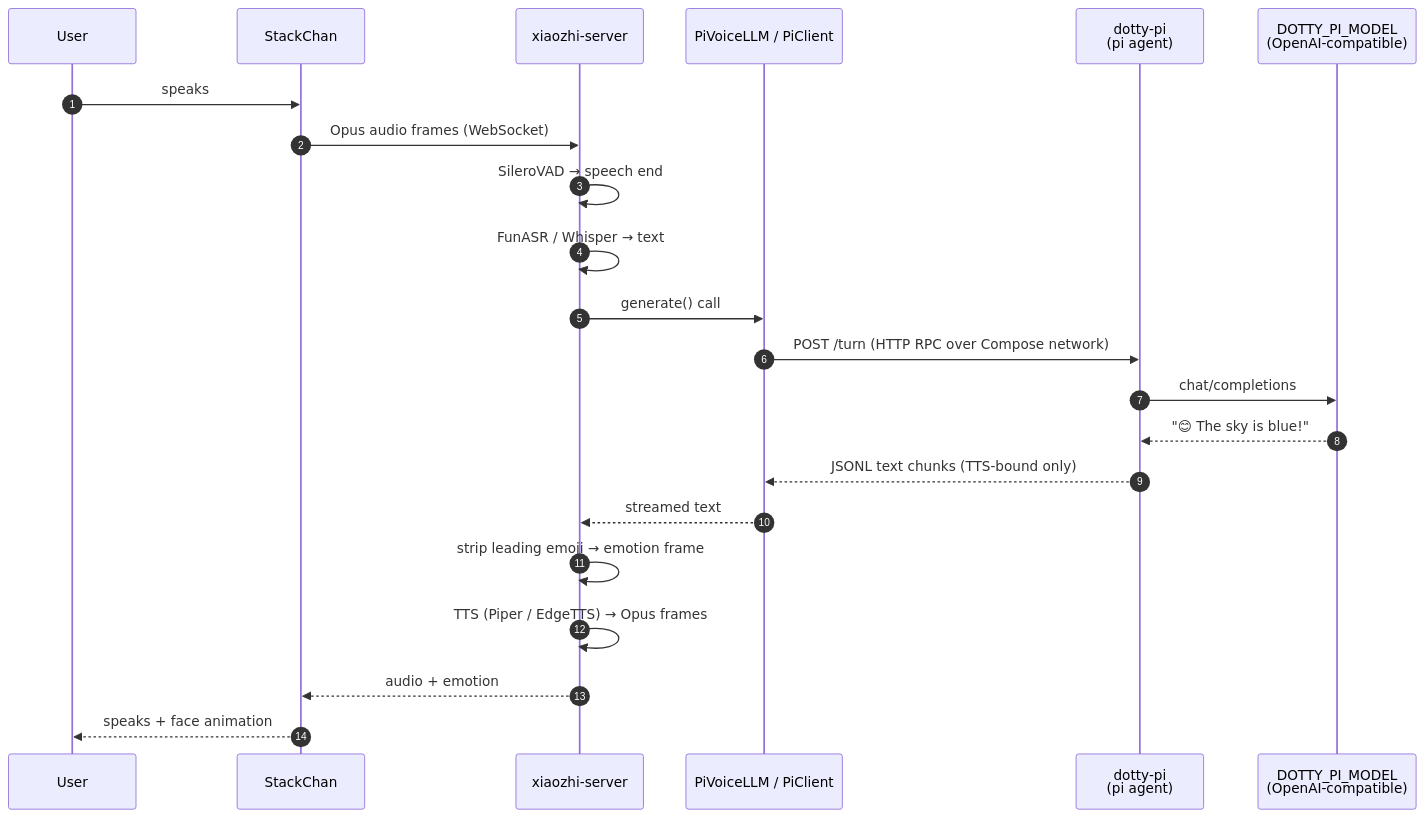
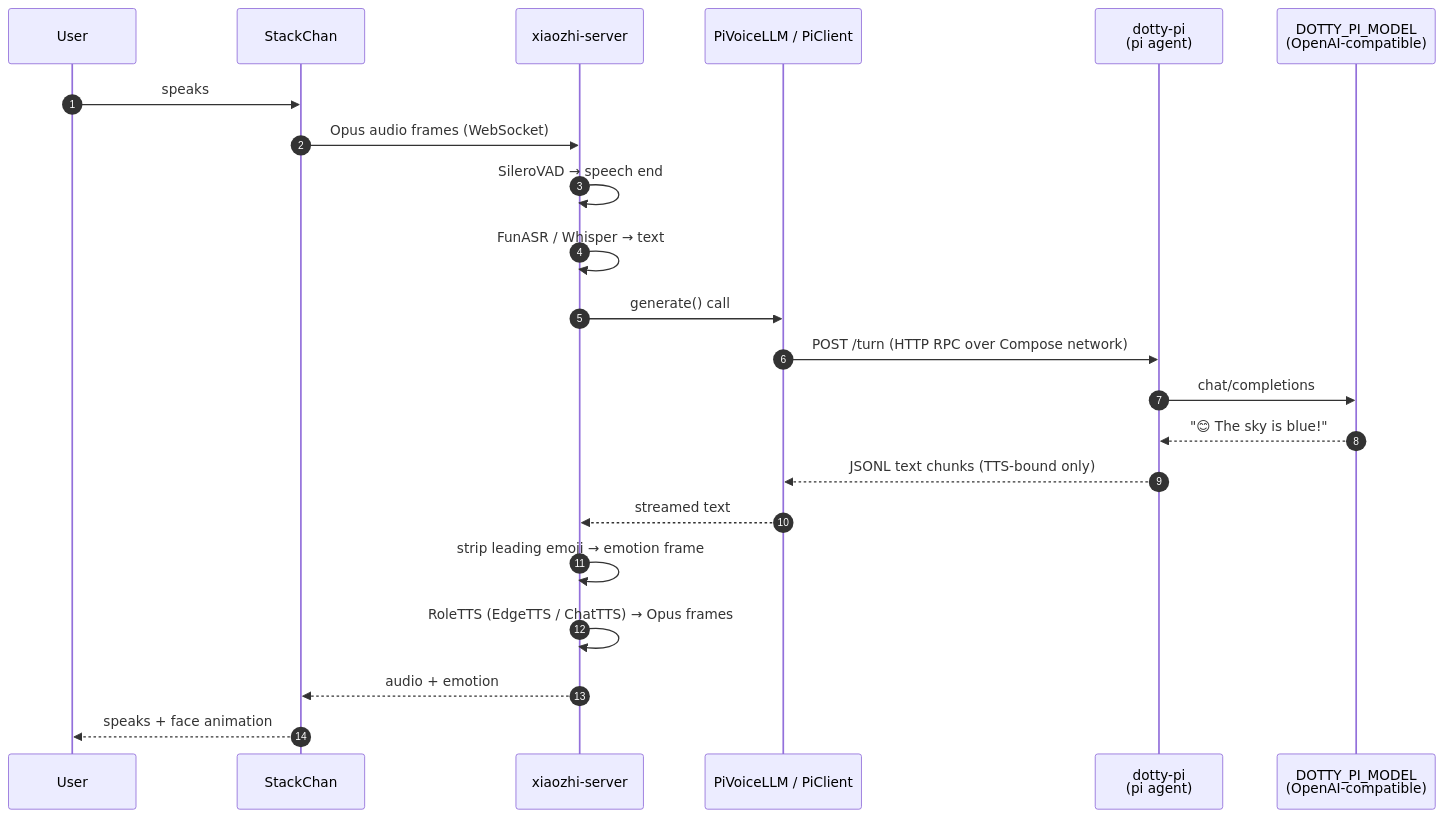
One commit to alkaid/dotty-stackchan changed the second of 4 diagrams in docs/architecture.md. Above: the diagram before and after it, drawn with Mermaid. The commit also changed other lines of this file and 20 other files, not shown here.

````diff
--- a/docs/architecture.md
+++ b/docs/architecture.md
@@ -74,25 +74,25 @@
 ```mermaid
 sequenceDiagram
     autonumber
     participant User
     participant SC as StackChan
     participant XZ as xiaozhi-server
     participant PV as PiVoiceLLM / PiClient
     participant PI as dotty-pi<br/>(pi agent)
     participant Model as DOTTY_PI_MODEL<br/>(OpenAI-compatible)
 
     User->>SC: speaks
     SC->>XZ: Opus audio frames (WebSocket)
     XZ->>XZ: SileroVAD → speech end
     XZ->>XZ: FunASR / Whisper → text
     XZ->>PV: generate() call
     PV->>PI: POST /turn (HTTP RPC over Compose network)
     PI->>Model: chat/completions
     Model-->>PI: "😊 The sky is blue!"
     PI-->>PV: JSONL text chunks (TTS-bound only)
     PV-->>XZ: streamed text
     XZ->>XZ: strip leading emoji → emotion frame
-    XZ->>XZ: TTS (Piper / EdgeTTS) → Opus frames
+    XZ->>XZ: RoleTTS (EdgeTTS / ChatTTS) → Opus frames
     XZ-->>SC: audio + emotion
     SC-->>User: speaks + face animation
 ```
````
